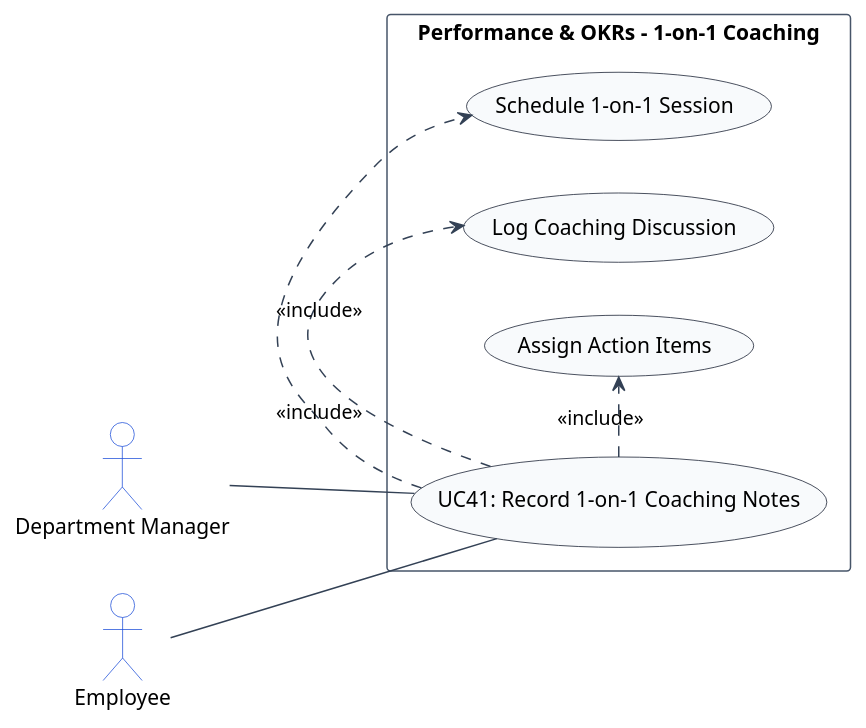
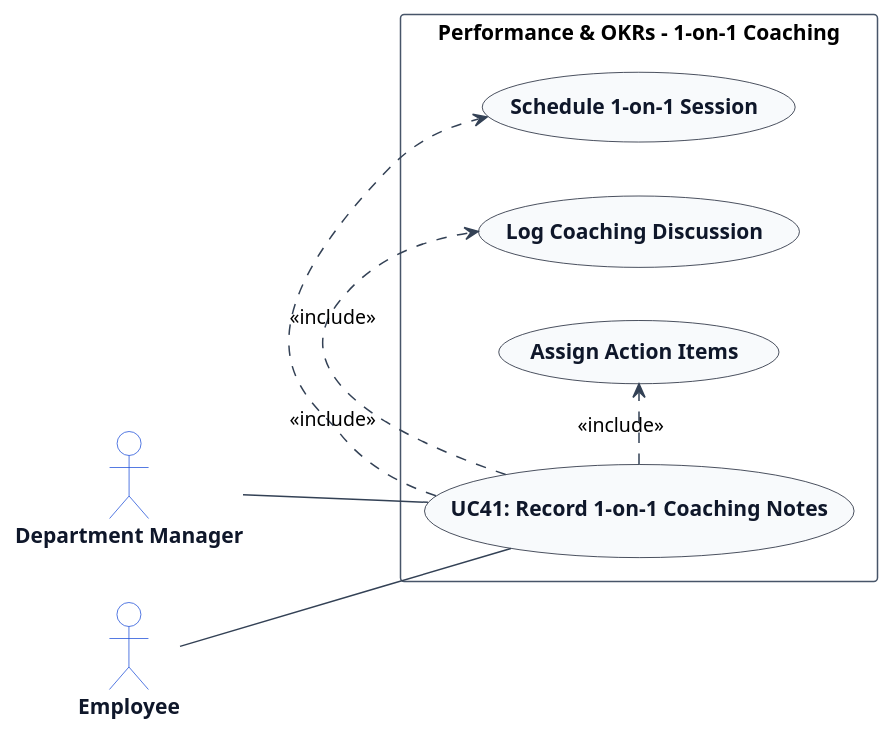
Before and after one commit to TamBui1706/HRPlatform: the diagram in usecase_puml/module_05_performance_okrs/UC41.puml, drawn with PlantUML. The commit also changed 180 other files, not shown here.

```diff
--- a/usecase_puml/module_05_performance_okrs/UC41.puml
+++ b/usecase_puml/module_05_performance_okrs/UC41.puml
@@ -1,30 +1,36 @@
 @startuml
 left to right direction
 skinparam shadowing false
 skinparam packageStyle rectangle
 skinparam actorStyle stickman
 
 skinparam ArrowColor #334155
 skinparam ActorBorderColor #1d4ed8
 skinparam ActorBackgroundColor #ffffff
+skinparam ActorFontColor #0f172a
+skinparam ActorFontStyle bold
+
 skinparam UsecaseBorderColor #0f172a
 skinparam UsecaseBackgroundColor #f8fafc
+skinparam UsecaseFontColor #0f172a
+skinparam UsecaseFontStyle bold
+
 skinparam RectangleBorderColor #475569
 skinparam RectangleBackgroundColor #ffffff
 
 actor "Department Manager" as DepartmentManager
 actor "Employee" as Employee
 
 rectangle "Performance & OKRs - 1-on-1 Coaching" {
     usecase "UC41: Record 1-on-1 Coaching Notes" as UC_Main
     usecase "Schedule 1-on-1 Session" as UC_SchedSes
     usecase "Log Coaching Discussion" as UC_LogNotes
     usecase "Assign Action Items" as UC_AssignAct
 
     DepartmentManager -- UC_Main
     Employee -- UC_Main
     UC_Main .> UC_SchedSes : <<include>>
     UC_Main .> UC_LogNotes : <<include>>
     UC_Main .> UC_AssignAct : <<include>>
 }
 @enduml
```
